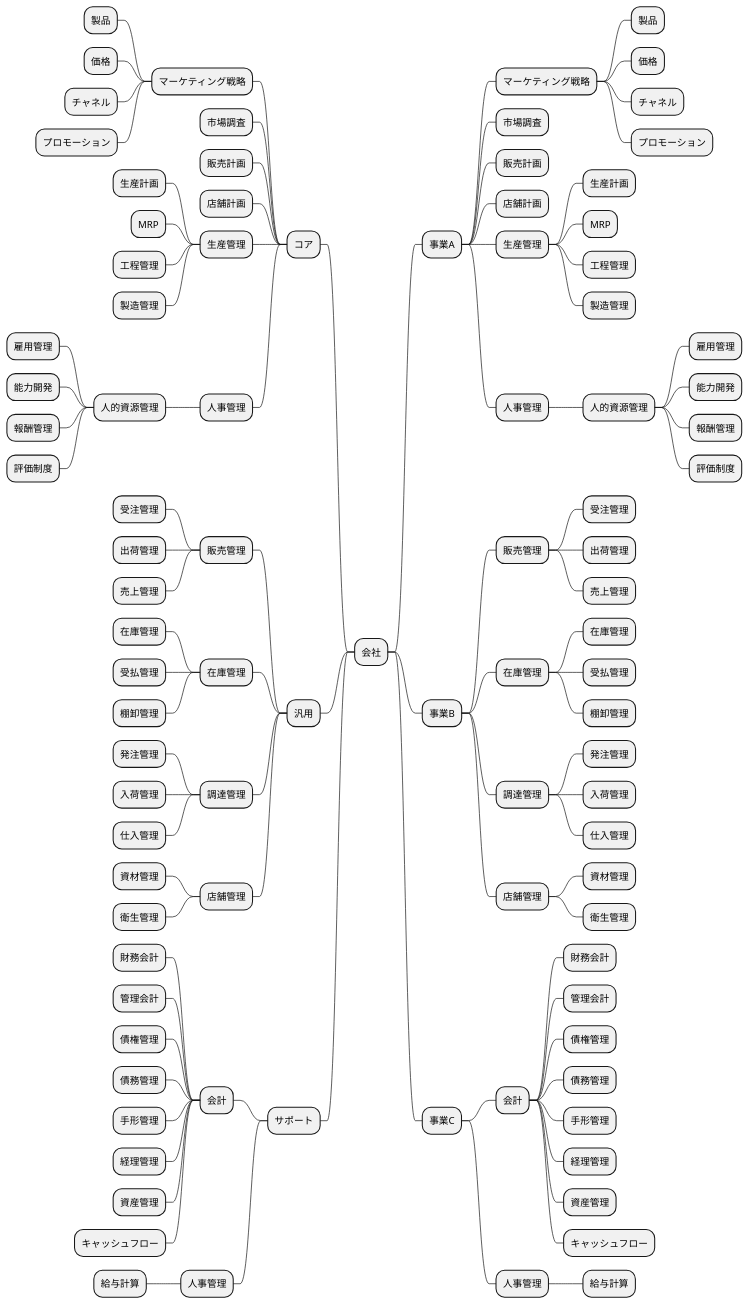
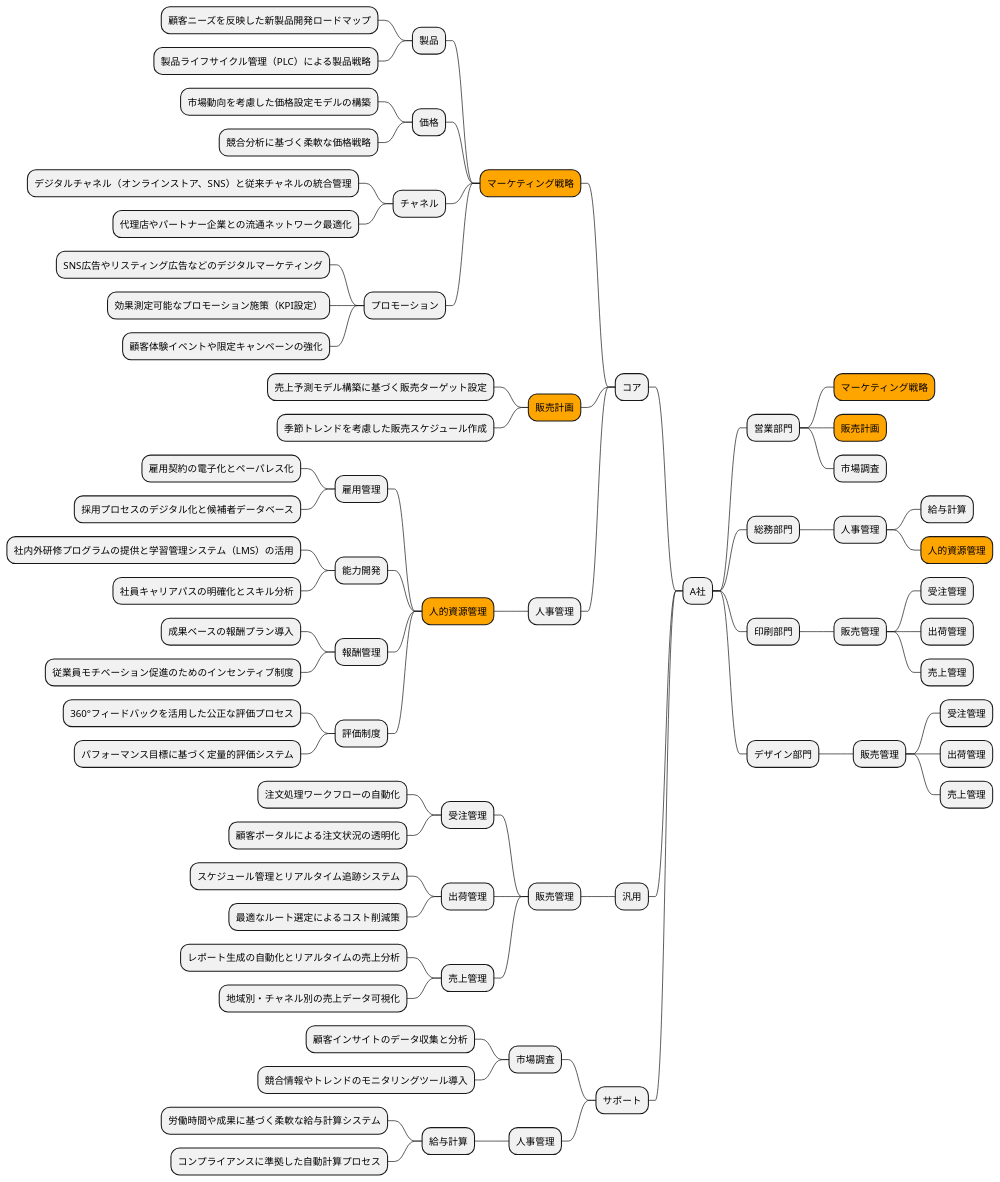
Before and after one commit to k2works/case-study-business-analysis: diagram 14 of 19 in docs/case/r03_case_1.adoc, drawn with PlantUML. The commit also changed other lines of this file, not shown here.

```diff
--- a/docs/case/r03_case_1.adoc
+++ b/docs/case/r03_case_1.adoc
@@ -571,104 +656,77 @@
 ----
 @startmindmap
 
-* 会社
-** 事業A
-*** マーケティング戦略
-**** 製品
-**** 価格
-**** チャネル
-**** プロモーション
+* A社
+** 営業部門
+***[#orange] マーケティング戦略
+***[#orange] 販売計画
 *** 市場調査
-*** 販売計画
-*** 店舗計画
-*** 生産管理
-**** 生産計画
-**** MRP
-**** 工程管理
-**** 製造管理
+** 総務部門
 *** 人事管理
-**** 人的資源管理
-***** 雇用管理
-***** 能力開発
-***** 報酬管理
-***** 評価制度
-** 事業B
+**** 給与計算
+****[#orange] 人的資源管理
+** 印刷部門
 *** 販売管理
 **** 受注管理
 **** 出荷管理
 **** 売上管理
-*** 在庫管理
-**** 在庫管理
-**** 受払管理
-**** 棚卸管理
-*** 調達管理
-**** 発注管理
-**** 入荷管理
-**** 仕入管理
-*** 店舗管理
-**** 資材管理
-**** 衛生管理
-** 事業C
-*** 会計
-**** 財務会計
-**** 管理会計
-**** 債権管理
-**** 債務管理
-**** 手形管理
-**** 経理管理
-**** 資産管理
-**** キャッシュフロー
-*** 人事管理
-**** 給与計算
-left side
-** コア
-*** マーケティング戦略
-**** 製品
-**** 価格
-**** チャネル
-**** プロモーション
-*** 市場調査
-*** 販売計画
-*** 店舗計画
-*** 生産管理
-**** 生産計画
-**** MRP
-**** 工程管理
-**** 製造管理
-*** 人事管理
-**** 人的資源管理
-***** 雇用管理
-***** 能力開発
-***** 報酬管理
-***** 評価制度
-** 汎用
+** デザイン部門
 *** 販売管理
 **** 受注管理
 **** 出荷管理
 **** 売上管理
-*** 在庫管理
-**** 在庫管理
-**** 受払管理
-**** 棚卸管理
-*** 調達管理
-**** 発注管理
-**** 入荷管理
-**** 仕入管理
-*** 店舗管理
-**** 資材管理
-**** 衛生管理
+left side
+** コア
+***[#orange] マーケティング戦略
+**** 製品
+***** 顧客ニーズを反映した新製品開発ロードマップ
+***** 製品ライフサイクル管理（PLC）による製品戦略
+**** 価格
+***** 市場動向を考慮した価格設定モデルの構築
+***** 競合分析に基づく柔軟な価格戦略
+**** チャネル
+***** デジタルチャネル（オンラインストア、SNS）と従来チャネルの統合管理
+***** 代理店やパートナー企業との流通ネットワーク最適化
+**** プロモーション
+***** SNS広告やリスティング広告などのデジタルマーケティング
+***** 効果測定可能なプロモーション施策（KPI設定）
+***** 顧客体験イベントや限定キャンペーンの強化
+***[#orange] 販売計画
+**** 売上予測モデル構築に基づく販売ターゲット設定
+**** 季節トレンドを考慮した販売スケジュール作成
+*** 人事管理
+****[#orange] 人的資源管理
+***** 雇用管理
+****** 雇用契約の電子化とペーパレス化
+****** 採用プロセスのデジタル化と候補者データベース
+***** 能力開発
+****** 社内外研修プログラムの提供と学習管理システム（LMS）の活用
+****** 社員キャリアパスの明確化とスキル分析
+***** 報酬管理
+****** 成果ベースの報酬プラン導入
+****** 従業員モチベーション促進のためのインセンティブ制度
+***** 評価制度
+****** 360°フィードバックを活用した公正な評価プロセス
+****** パフォーマンス目標に基づく定量的評価システム
+** 汎用
+*** 販売管理
+**** 受注管理
+***** 注文処理ワークフローの自動化
+***** 顧客ポータルによる注文状況の透明化
+**** 出荷管理
+***** スケジュール管理とリアルタイム追跡システム
+***** 最適なルート選定によるコスト削減策
+**** 売上管理
+***** レポート生成の自動化とリアルタイムの売上分析
+***** 地域別・チャネル別の売上データ可視化
 ** サポート
-*** 会計
-**** 財務会計
-**** 管理会計
-**** 債権管理
-**** 債務管理
-**** 手形管理
-**** 経理管理
-**** 資産管理
-**** キャッシュフロー
+*** 市場調査
+**** 顧客インサイトのデータ収集と分析
+**** 競合情報やトレンドのモニタリングツール導入
 *** 人事管理
 **** 給与計算
+***** 労働時間や成果に基づく柔軟な給与計算システム
+***** コンプライアンスに準拠した自動計算プロセス
 
 @endmindmap
 ----
```
